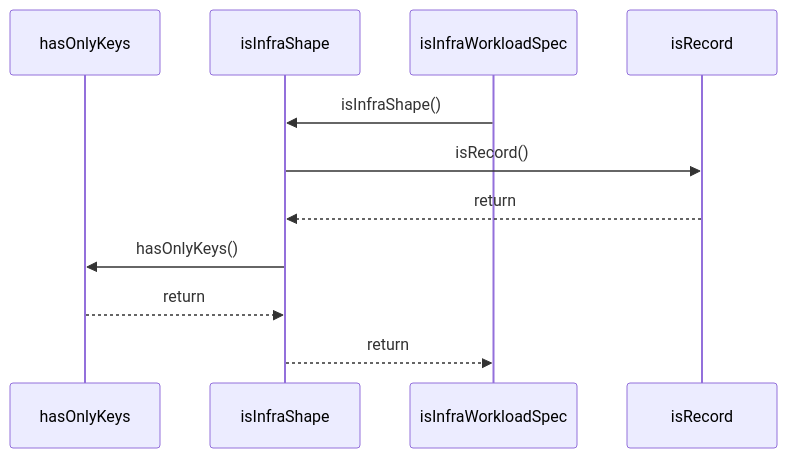
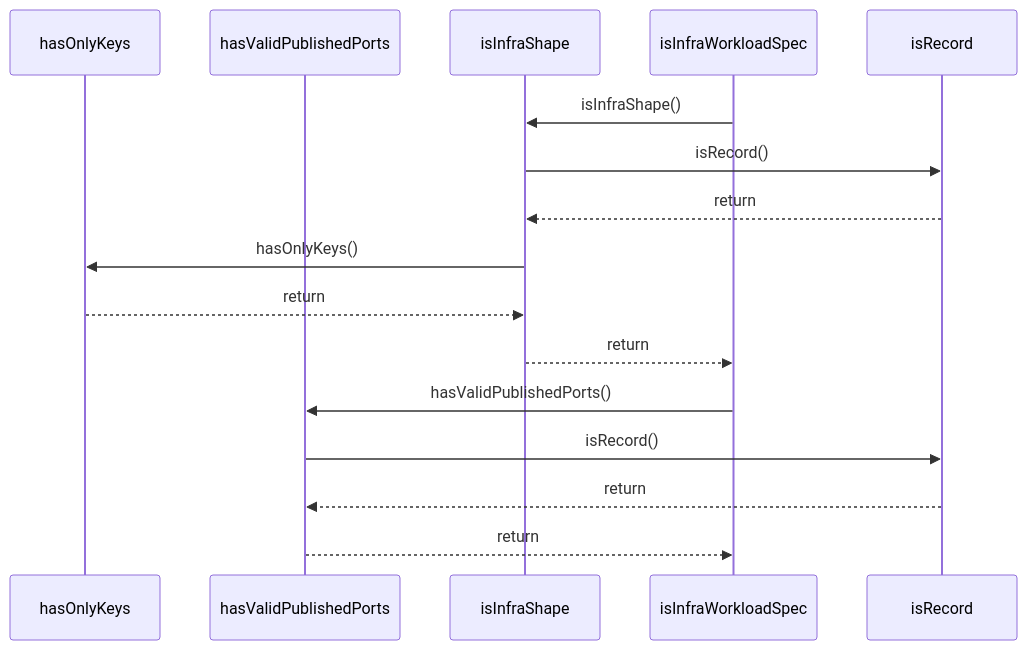
The diagram in paradox/diagrams/sequences/is-infra-workload-spec.mmd (ankhorage/contracts), drawn with Mermaid before and after one commit. The commit also changed 14 other files, not shown here.

Commit message:
feat: add published workload ports (#212)

```diff
--- a/paradox/diagrams/sequences/is-infra-workload-spec.mmd
+++ b/paradox/diagrams/sequences/is-infra-workload-spec.mmd
@@ -1,11 +1,16 @@
 sequenceDiagram
   participant participant_hasOnlyKeys as hasOnlyKeys
+  participant participant_hasValidPublishedPorts as hasValidPublishedPorts
   participant participant_isInfraShape as isInfraShape
   participant participant_isInfraWorkloadSpec as isInfraWorkloadSpec
   participant participant_isRecord as isRecord
   participant_isInfraWorkloadSpec->>participant_isInfraShape: isInfraShape()
   participant_isInfraShape->>participant_isRecord: isRecord()
   participant_isRecord-->>participant_isInfraShape: return
   participant_isInfraShape->>participant_hasOnlyKeys: hasOnlyKeys()
   participant_hasOnlyKeys-->>participant_isInfraShape: return
   participant_isInfraShape-->>participant_isInfraWorkloadSpec: return
+  participant_isInfraWorkloadSpec->>participant_hasValidPublishedPorts: hasValidPublishedPorts()
+  participant_hasValidPublishedPorts->>participant_isRecord: isRecord()
+  participant_isRecord-->>participant_hasValidPublishedPorts: return
+  participant_hasValidPublishedPorts-->>participant_isInfraWorkloadSpec: return
```
